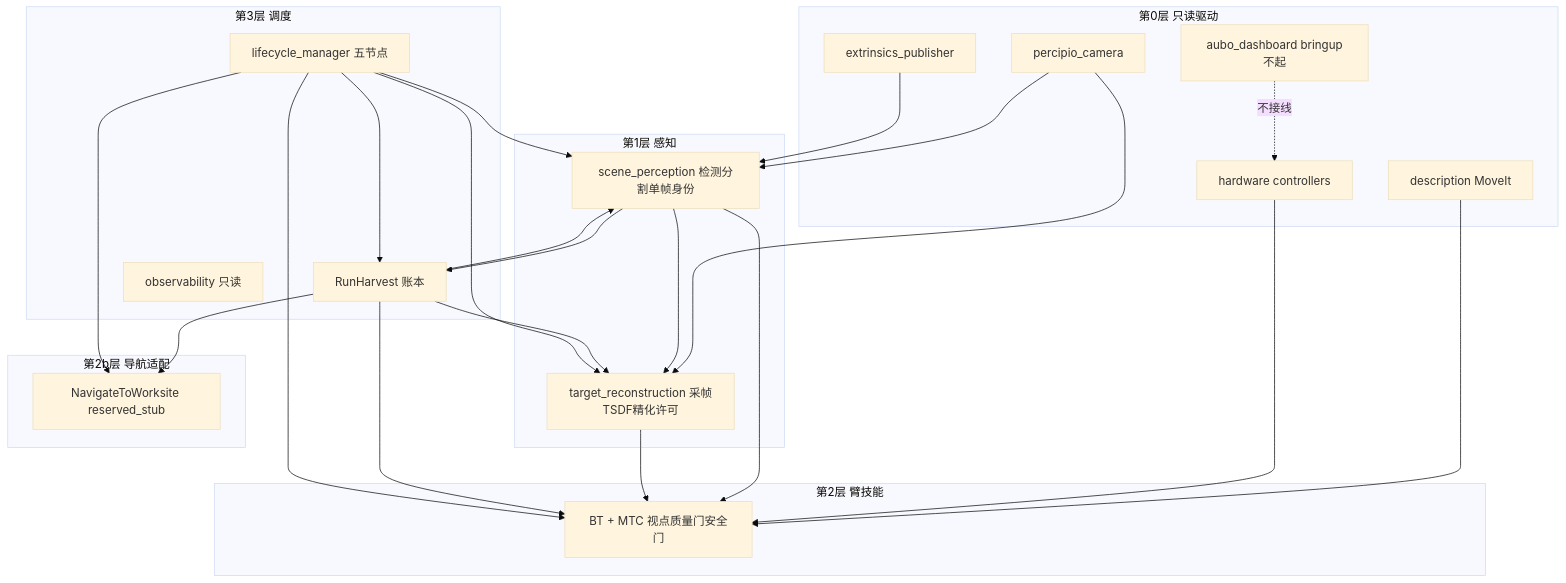
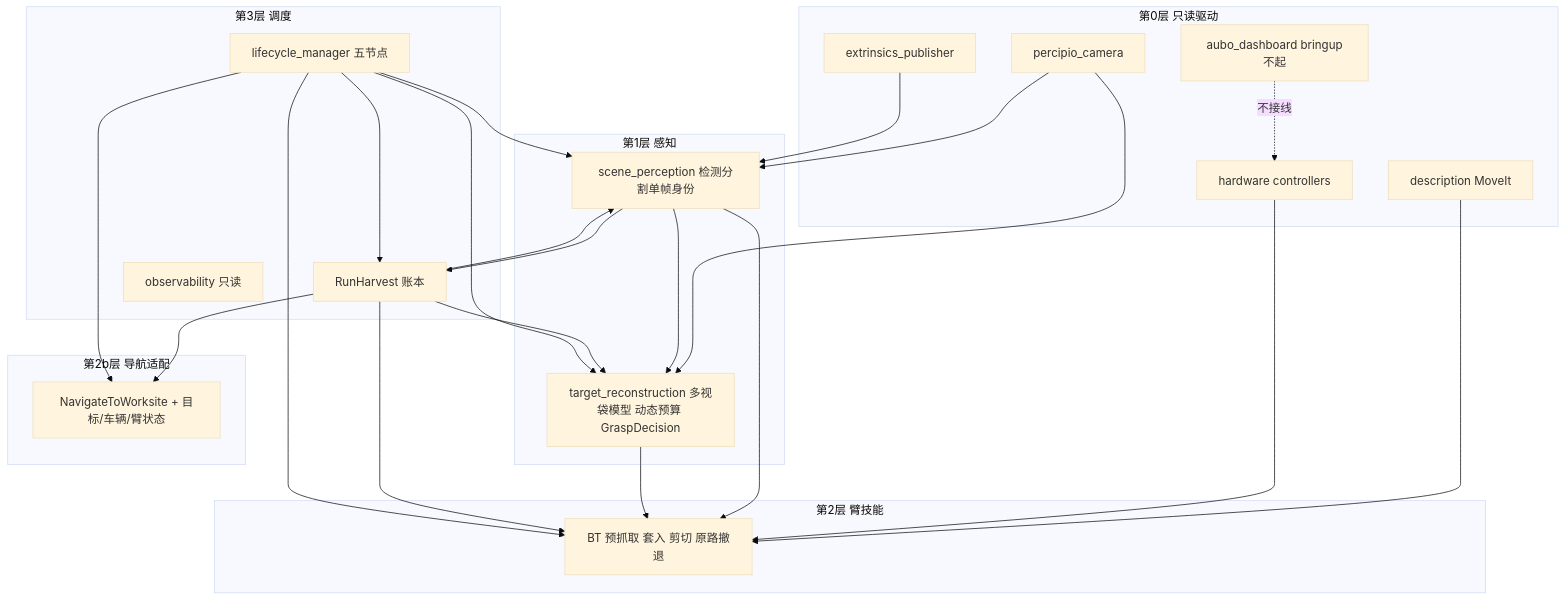
The second of 5 diagrams in docs/architecture.md (MUHAN11-c/aubo_boot), drawn with Mermaid (base theme) before and after one commit. The commit also changed other lines of this file and 189 other files, not shown here.

````diff
--- a/docs/architecture.md
+++ b/docs/architecture.md
@@ -80,44 +80,44 @@
 ```mermaid
 flowchart TB
   subgraph L0 ["第0层 只读驱动"]
     cam["percipio_camera"]
     hw["hardware controllers"]
     desc["description MoveIt"]
     eye["extrinsics_publisher"]
     dash["aubo_dashboard bringup不起"]
   end
   subgraph L1 ["第1层 感知"]
     scene["scene_perception 检测分割单帧身份"]
-    recon["target_reconstruction 采帧TSDF精化许可"]
+    recon["target_reconstruction 多视袋模型 动态预算 GraspDecision"]
   end
   subgraph L2 ["第2层 臂技能"]
-    skill["BT + MTC 视点质量门安全门"]
+    skill["BT 预抓取 套入 剪切 原路撤退"]
   end
   subgraph L2b ["第2b层 导航适配"]
-    navn["NavigateToWorksite reserved_stub"]
+    navn["NavigateToWorksite + 目标/车辆/臂状态"]
   end
   subgraph L3 ["第3层 调度"]
     exe["RunHarvest 账本"]
     lcm["lifecycle_manager 五节点"]
     obs["observability 只读"]
   end
   cam --> scene
   cam --> recon
   desc --> skill
   eye --> scene
   hw --> skill
   scene --> recon
   scene --> skill
   recon --> skill
   scene --> exe
   exe --> skill
   exe --> recon
   exe --> scene
   exe --> navn
   lcm --> scene
   lcm --> recon
   lcm --> skill
   lcm --> navn
   lcm --> exe
   dash -.->|"不接线"| hw
 ```
````
